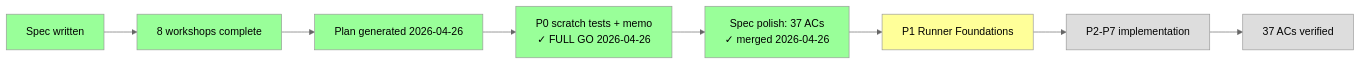
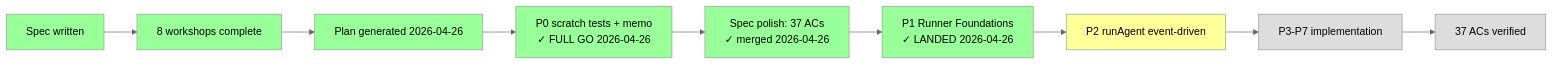
The second of 2 diagrams in docs/plans/007-backgrounding/coordination.fltplan.md (AI-Substrate/minih), drawn with Mermaid (neutral theme) before and after one commit. The commit also changed other lines of this file and 42 other files, not shown here.

First line of the commit message:
feat(007/runner): Phase 1 — coordination foundations (state, context, atomic-write, ulid + schemas)

````diff
--- a/docs/plans/007-backgrounding/coordination.fltplan.md
+++ b/docs/plans/007-backgrounding/coordination.fltplan.md
@@ -144,23 +146,25 @@
 ```mermaid
 graph LR
     Spec[Spec written]:::done
     WS[8 workshops complete]:::done
     Plan[Plan generated 2026-04-26]:::done
     P0[P0 scratch tests + memo<br/>✓ FULL GO 2026-04-26]:::done
     SP[Spec polish: 37 ACs<br/>✓ merged 2026-04-26]:::done
-    P1[P1 Runner Foundations]:::next
-    Phases[P2-P7 implementation]:::pending
+    P1[P1 Runner Foundations<br/>✓ LANDED 2026-04-26]:::done
+    P2[P2 runAgent event-driven]:::next
+    Phases[P3-P7 implementation]:::pending
     Done[37 ACs verified]:::pending
 
     Spec --> WS
     WS --> Plan
     Plan --> P0
     P0 --> SP
     SP --> P1
-    P1 --> Phases
+    P1 --> P2
+    P2 --> Phases
     Phases --> Done
 
     classDef done fill:#9f9,color:#000
     classDef next fill:#ff9,color:#000
     classDef pending fill:#ddd,color:#000
 ```
````
